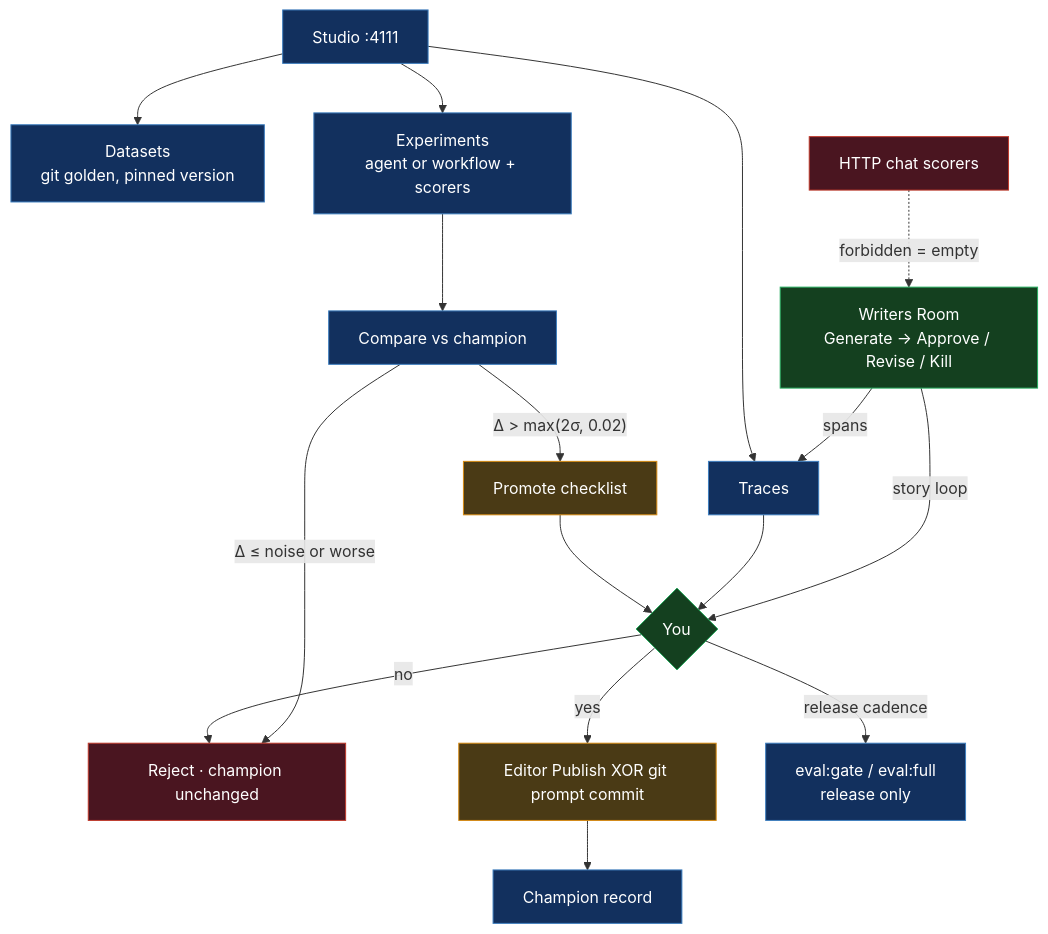
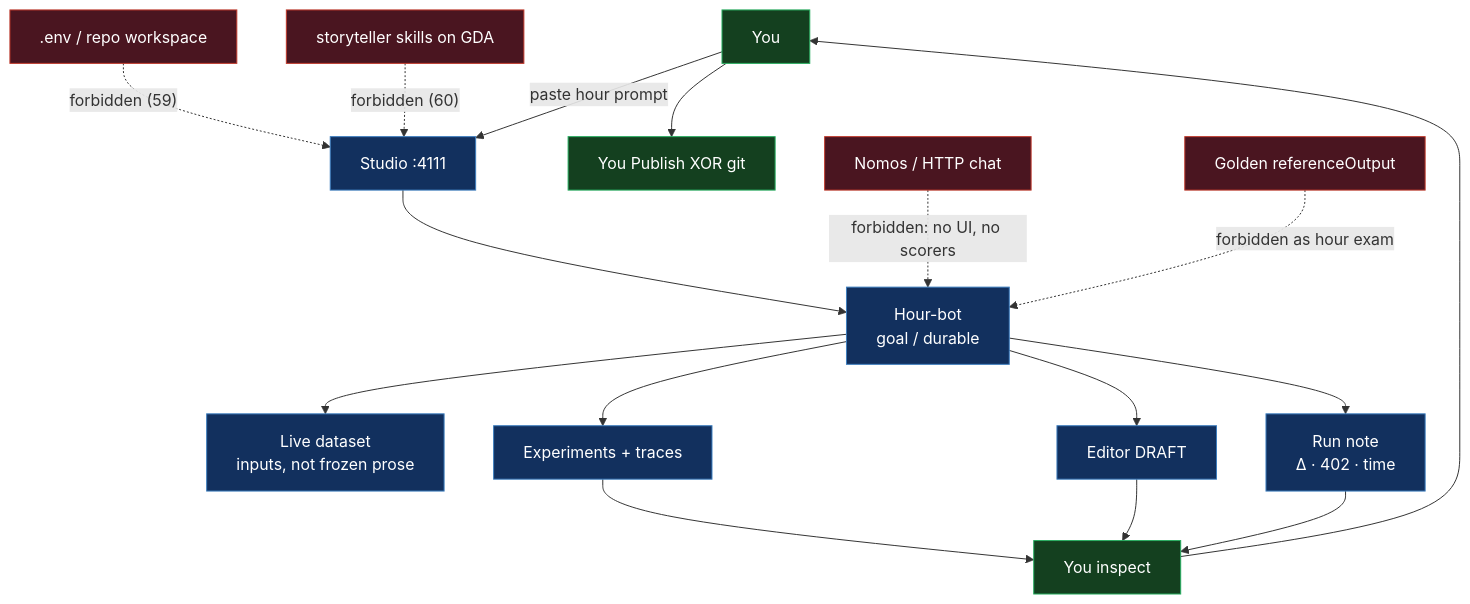
Diagram 14 of 14 in .spec/opus/architecture-review/diagrams.md (jsroga/nomos), drawn with Mermaid before and after one commit. The commit also changed other lines of this file and 170 other files, not shown here.

````diff
--- a/.spec/opus/architecture-review/diagrams.md
+++ b/.spec/opus/architecture-review/diagrams.md
@@ -504,41 +504,40 @@
 ```mermaid
 flowchart TD
-    WR["Writers Room<br/>Generate → Approve / Revise / Kill"]
+    YOU["You"]
     ST["Studio :4111"]
-    TR["Traces"]
-    DS["Datasets<br/>git golden, pinned version"]
-    EX["Experiments<br/>agent or workflow + scorers"]
-    CMP["Compare vs champion"]
-    YOU{"You"}
-    REJ["Reject · champion unchanged"]
-    PRO["Promote checklist"]
-    PUB["Editor Publish XOR git prompt commit"]
-    CH["Champion record"]
-    GATE["eval:gate / eval:full<br/>release only"]
-    HTTP["HTTP chat scorers"]
+    BOT["Hour-bot<br/>goal / durable"]
+    DS["Live dataset<br/>inputs, not frozen prose"]
+    EX["Experiments + traces"]
+    DR["Editor DRAFT"]
+    NOTE["Run note<br/>Δ · 402 · time"]
+    INS["You inspect"]
+    PUB["You Publish XOR git"]
+    HTTP["Nomos / HTTP chat"]
+    GOLD["Golden referenceOutput"]
 
-    WR -->|"story loop"| YOU
-    WR -->|"spans"| TR
-    ST --> TR
-    ST --> DS
-    ST --> EX
-    EX --> CMP
-    TR --> YOU
-    CMP -->|"Δ ≤ noise or worse"| REJ
-    CMP -->|"Δ > max(2σ, 0.02)"| PRO
-    PRO --> YOU
-    YOU -->|"no"| REJ
-    YOU -->|"yes"| PUB
-    PUB --> CH
-    YOU -->|"release cadence"| GATE
-    HTTP -.->|"forbidden = empty"| WR
+    YOU -->|"paste hour prompt"| ST
+    ST --> BOT
+    BOT --> DS
+    BOT --> EX
+    BOT --> DR
+    BOT --> NOTE
+    EX --> INS
+    DR --> INS
+    NOTE --> INS
+    INS --> YOU
+    YOU --> PUB
+    HTTP -.->|"forbidden: no UI, no scorers"| BOT
+    GOLD -.->|"forbidden as hour exam"| BOT
+    SEC[".env / repo workspace"]
+    SKL["storyteller skills on GDA"]
+    SEC -.->|"forbidden (59)"| ST
+    SKL -.->|"forbidden (60)"| ST
 
     classDef ok fill:#14401f,stroke:#27ae60,color:#fff
     classDef host fill:#12305e,stroke:#3d7ebf,color:#fff
     classDef warn fill:#4a3a15,stroke:#d68910,color:#fff
     classDef bad fill:#4a1520,stroke:#c0392b,color:#fff
-    class WR,YOU ok
-    class ST,TR,DS,EX,CMP,CH,GATE host
-    class PRO,PUB warn
-    class HTTP,REJ bad
+    class YOU,INS,PUB ok
+    class ST,BOT,DS,EX,DR,NOTE host
+    class HTTP,GOLD,SEC,SKL bad
 ```
````
